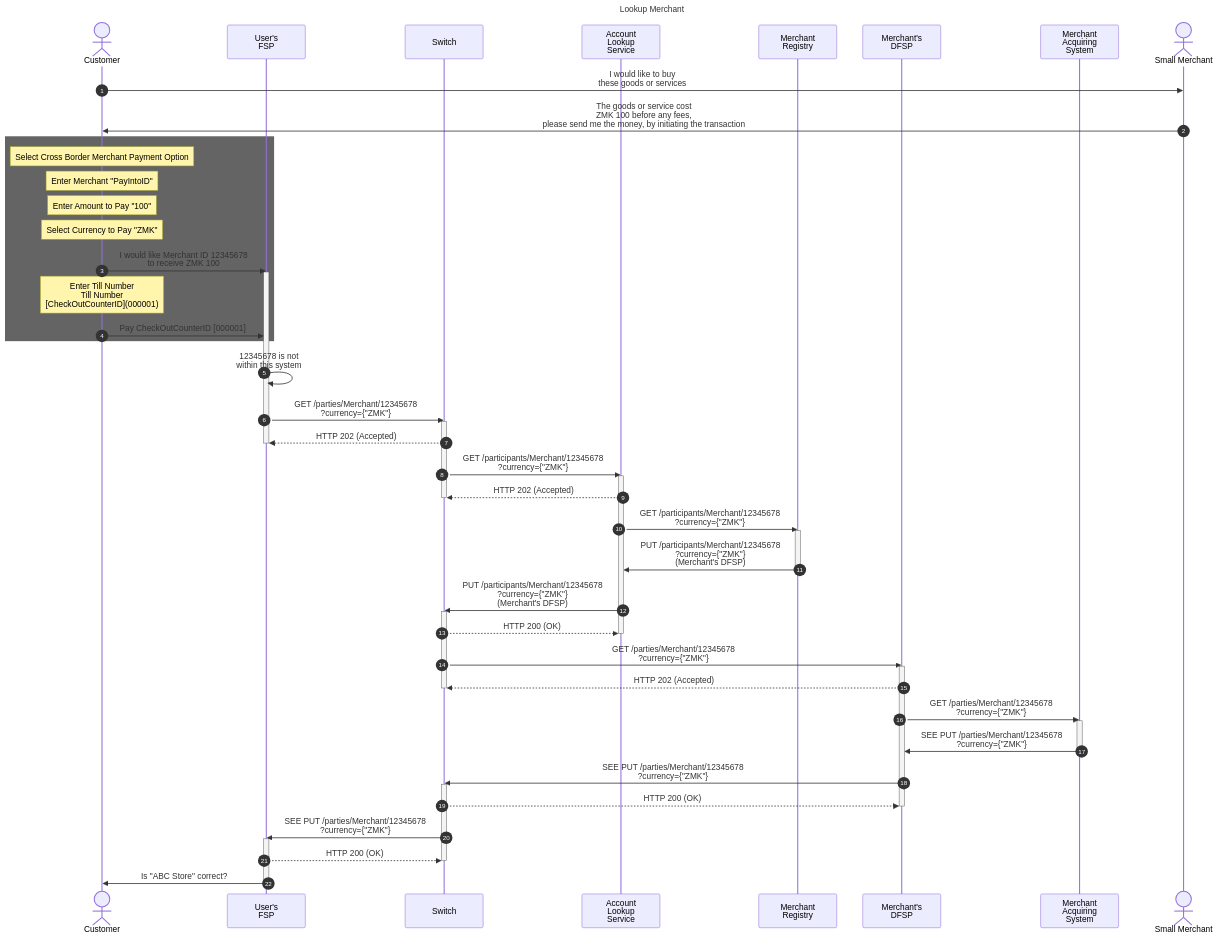
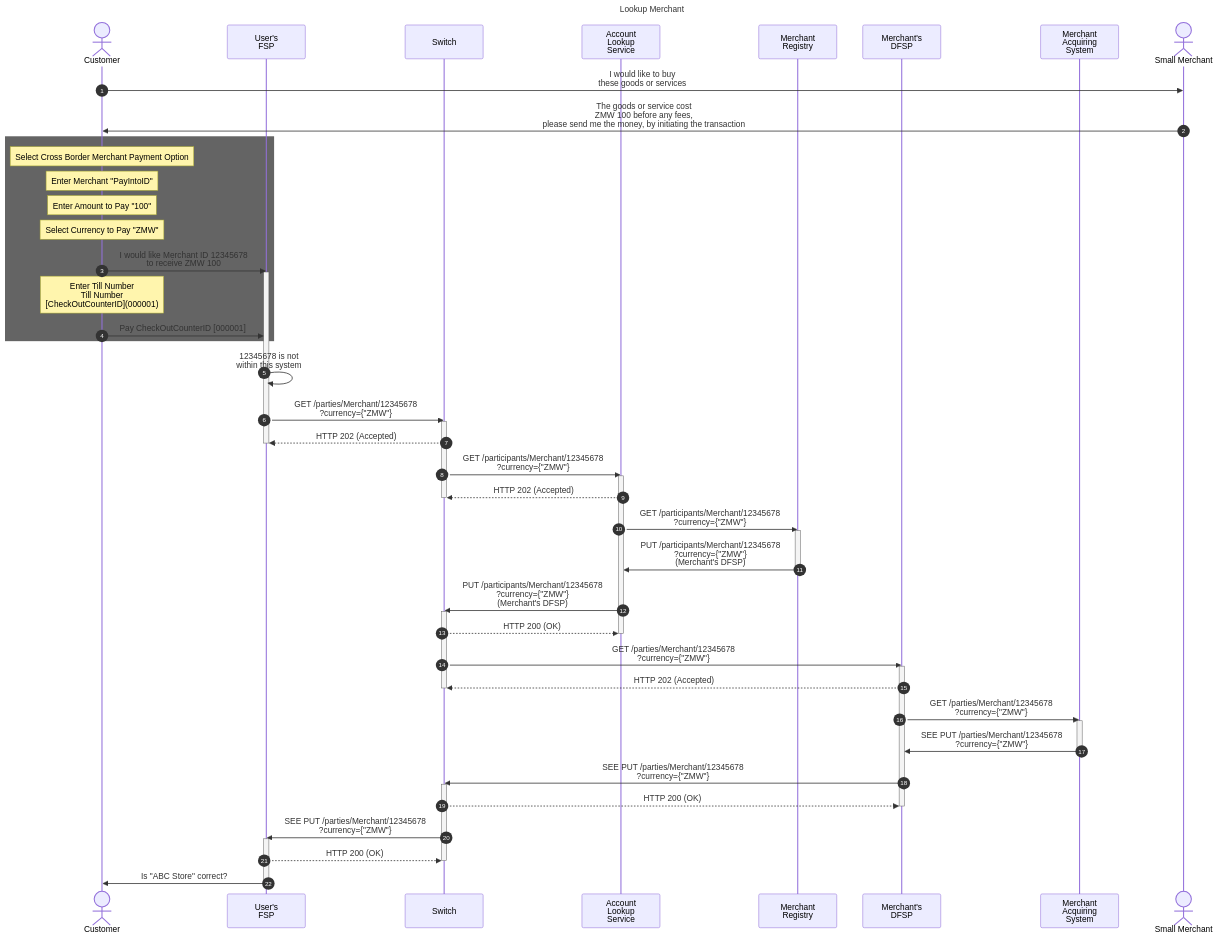
One commit to mojaloop/merchant-payment-docs changed the fourth of 6 diagrams in end_to_end_merchant_payment_flow.md. Above: the diagram before and after it, drawn with Mermaid. The commit also changed other lines of this file and 3 other files, not shown here.

````diff
--- a/end_to_end_merchant_payment_flow.md
+++ b/end_to_end_merchant_payment_flow.md
@@ -63,67 +400,67 @@
 ```mermaid
 sequenceDiagram
 
 Title: Lookup Merchant
 autonumber
 
 # declare actors
 actor cust as Customer
 participant PayerFSP as User's<br/>FSP
 participant Switch as Switch
 participant ALS as Account<br/>Lookup<br/>Service
 participant oracle as Merchant<br/>Registry
 participant PayeeFSP as Merchant's<br/>DFSP
 participant macq as Merchant<br/>Acquiring<br/>System
 actor merc as Small Merchant
 
 # start flow
 cust->>merc: I would like to buy<br/>these goods or services
-merc ->> cust: The goods or service cost<br/>ZMK 100 before any fees,<br/>please send me the money, by initiating the transaction
+merc ->> cust: The goods or service cost<br/>ZMW 100 before any fees,<br/>please send me the money, by initiating the transaction
 rect rgb(100, 100, 100)
     note over cust: Select Cross Border Merchant Payment Option
     note over cust: Enter Merchant "PayIntoID"
     note over cust: Enter Amount to Pay "100"
-    note over cust: Select Currency to Pay "ZMK"
-    cust ->> PayerFSP: I would like Merchant ID 12345678 <br/>to receive ZMK 100
+    note over cust: Select Currency to Pay "ZMW"
+    cust ->> PayerFSP: I would like Merchant ID 12345678 <br/>to receive ZMW 100
     activate PayerFSP
     note over cust: Enter Till Number<br/>Till Number<br/>[CheckOutCounterID](000001)
     cust ->> PayerFSP : Pay CheckOutCounterID [000001]
 end
 
 PayerFSP ->> PayerFSP: 12345678 is not<br/>within this system
-PayerFSP ->> Switch: GET /parties/Merchant/12345678<br/>?currency={"ZMK"}
+PayerFSP ->> Switch: GET /parties/Merchant/12345678<br/>?currency={"ZMW"}
 activate Switch
 Switch -->> PayerFSP: HTTP 202 (Accepted)
 deactivate PayerFSP
-Switch ->> ALS: GET /participants/Merchant/12345678<br/>?currency={"ZMK"}
+Switch ->> ALS: GET /participants/Merchant/12345678<br/>?currency={"ZMW"}
 activate ALS
 ALS -->> Switch: HTTP 202 (Accepted)
 deactivate Switch
-ALS ->> oracle: GET /participants/Merchant/12345678<br/>?currency={"ZMK"}
+ALS ->> oracle: GET /participants/Merchant/12345678<br/>?currency={"ZMW"}
 activate oracle
-oracle ->> ALS: PUT /participants/Merchant/12345678<br/>?currency={"ZMK"}<br/>(Merchant's DFSP)
+oracle ->> ALS: PUT /participants/Merchant/12345678<br/>?currency={"ZMW"}<br/>(Merchant's DFSP)
 deactivate oracle
-ALS ->> Switch: PUT /participants/Merchant/12345678<br/>?currency={"ZMK"}<br/>(Merchant's DFSP)
+ALS ->> Switch: PUT /participants/Merchant/12345678<br/>?currency={"ZMW"}<br/>(Merchant's DFSP)
 activate Switch
 Switch -->> ALS: HTTP 200 (OK)
 deactivate ALS
-Switch ->> PayeeFSP: GET /parties/Merchant/12345678<br/>?currency={"ZMK"}
+Switch ->> PayeeFSP: GET /parties/Merchant/12345678<br/>?currency={"ZMW"}
 activate PayeeFSP
 PayeeFSP -->> Switch: HTTP 202 (Accepted)
 deactivate Switch
-PayeeFSP ->> macq: GET /parties/Merchant/12345678<br/>?currency={"ZMK"}
+PayeeFSP ->> macq: GET /parties/Merchant/12345678<br/>?currency={"ZMW"}
 activate macq
-macq ->> PayeeFSP: SEE PUT /parties/Merchant/12345678<br/>?currency={"ZMK"}
+macq ->> PayeeFSP: SEE PUT /parties/Merchant/12345678<br/>?currency={"ZMW"}
 deactivate macq
-PayeeFSP ->> Switch: SEE PUT /parties/Merchant/12345678<br/>?currency={"ZMK"}
+PayeeFSP ->> Switch: SEE PUT /parties/Merchant/12345678<br/>?currency={"ZMW"}
 activate Switch
 Switch -->> PayeeFSP: HTTP 200 (OK)
 deactivate PayeeFSP
-Switch ->> PayerFSP: SEE PUT /parties/Merchant/12345678<br/>?currency={"ZMK"}
+Switch ->> PayerFSP: SEE PUT /parties/Merchant/12345678<br/>?currency={"ZMW"}
 activate PayerFSP
 PayerFSP -->> Switch: HTTP 200 (OK)
 deactivate Switch
 PayerFSP ->> cust: Is "ABC Store" correct?
 deactivate PayerFSP
 
 ```
````
